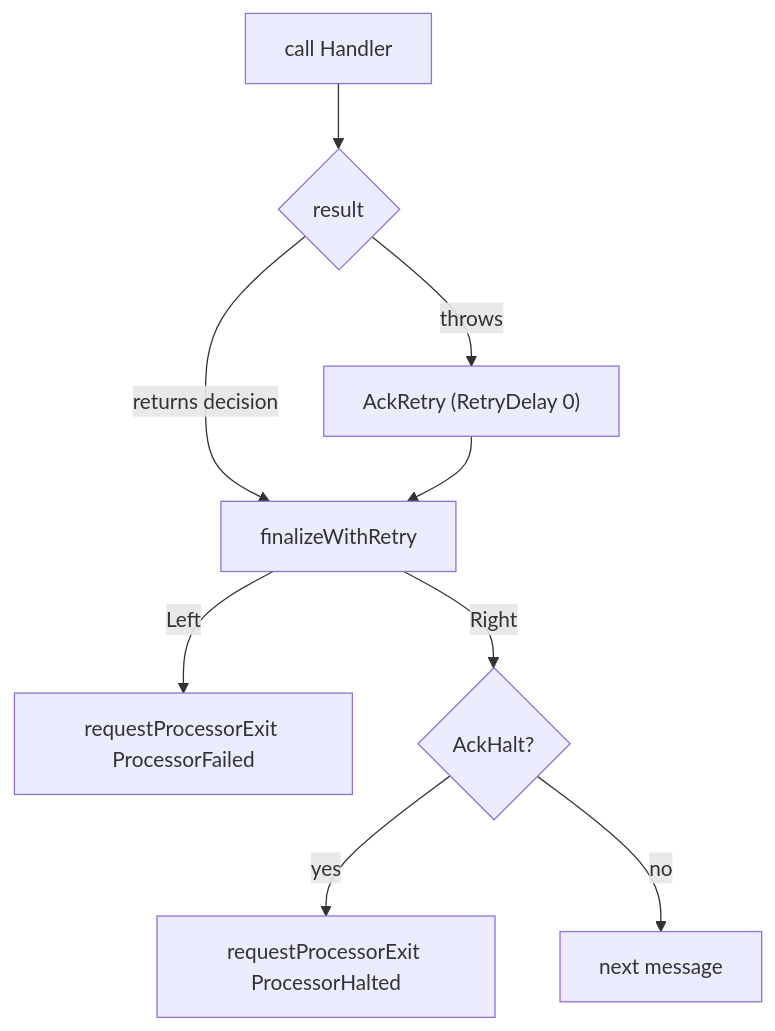
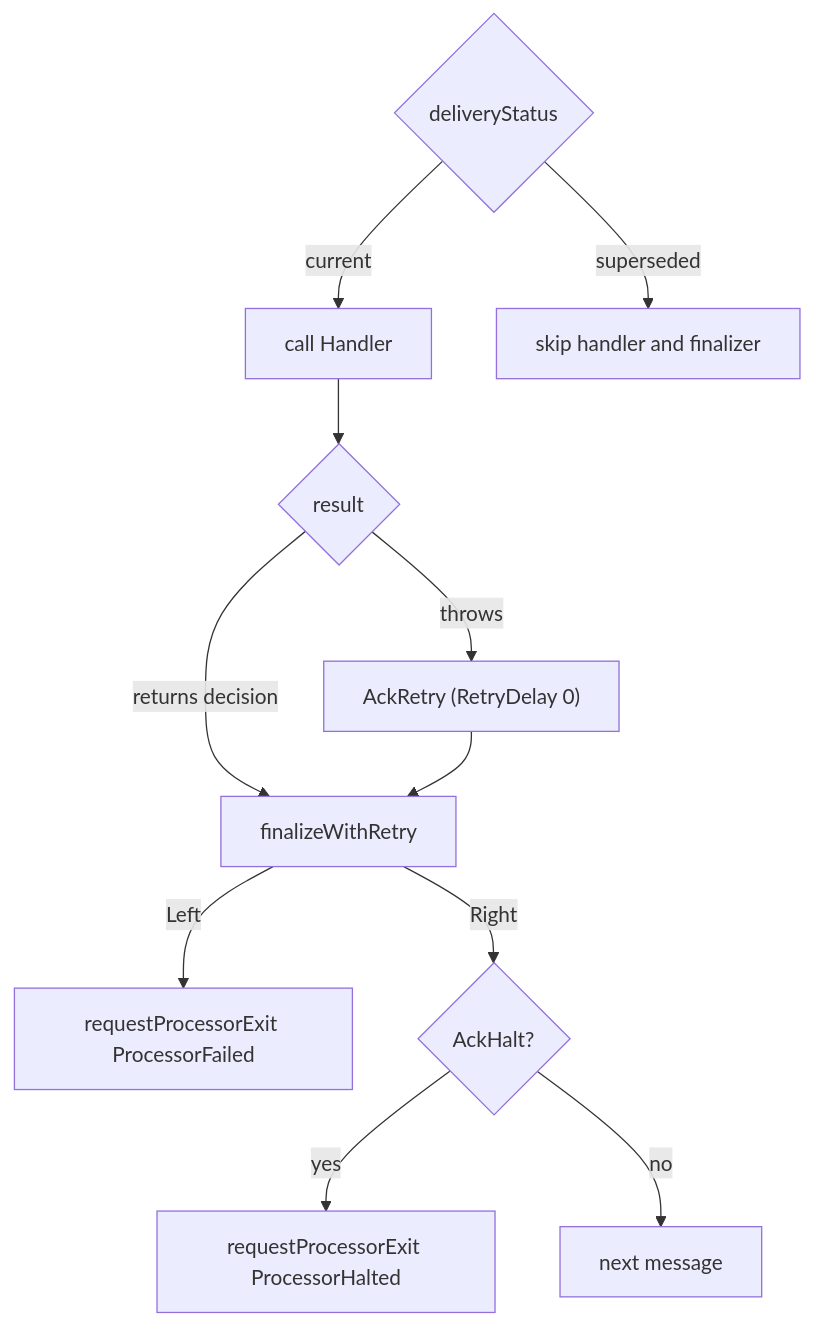
One commit to shinzui/keiro-runtime-docs changed the diagram in content/docs/shibuya/walkthrough/03-handler-ack-and-tracing.mdx. Above: the diagram before and after it, drawn with Mermaid. The commit also changed other lines of this file and 97 other files, not shown here.

````diff
--- a/content/docs/shibuya/walkthrough/03-handler-ack-and-tracing.mdx
+++ b/content/docs/shibuya/walkthrough/03-handler-ack-and-tracing.mdx
@@ -38,11 +38,13 @@
 ```mermaid
 flowchart TD
-  Handler["call Handler"] --> Result{"result"}
+  Admission{"deliveryStatus"} -->|"current"| Handler["call Handler"]
+  Admission -->|"superseded"| Skip["skip handler and finalizer"]
+  Handler --> Result{"result"}
   Result -->|"returns decision"| Finalize["finalizeWithRetry"]
   Result -->|"throws"| Retry0["AckRetry (RetryDelay 0)"]
   Retry0 --> Finalize
   Finalize -->|"Left"| Failed["requestProcessorExit ProcessorFailed"]
   Finalize -->|"Right"| Halt{"AckHalt?"}
   Halt -->|"yes"| Halted["requestProcessorExit ProcessorHalted"]
   Halt -->|"no"| Next["next message"]
 ```
````
